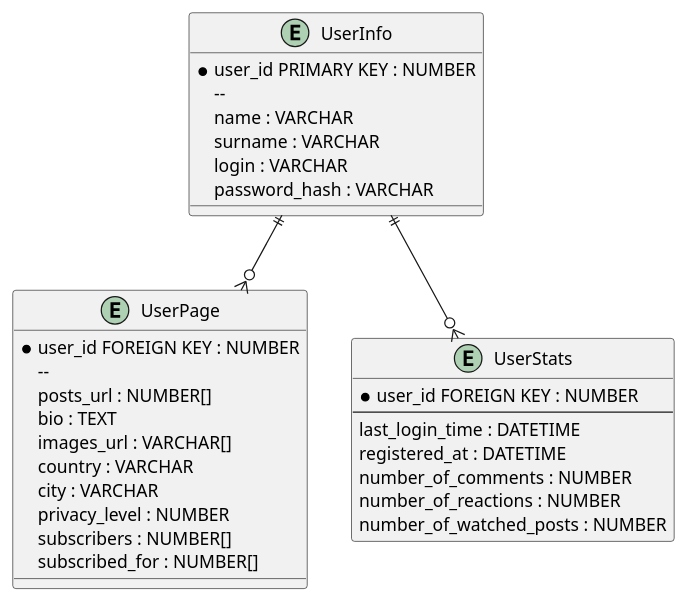
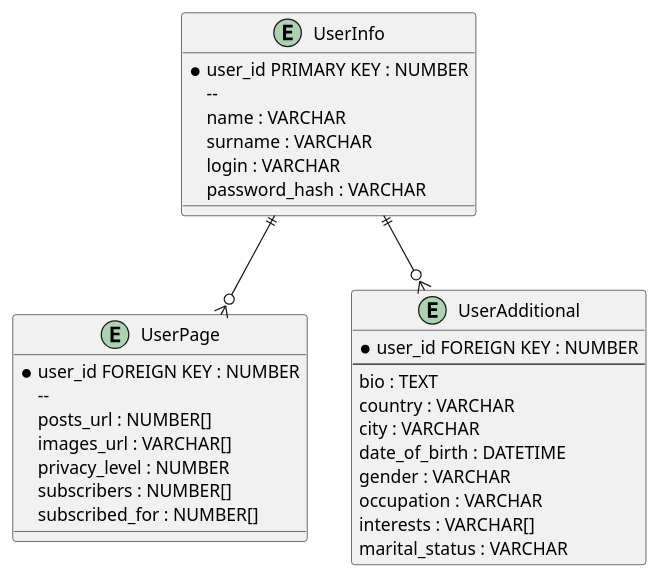
The diagram in docs/user_service.puml (Doughnutik/SOA-HSE), drawn with PlantUML before and after one commit. The commit also changed 2 other files, not shown here.

Commit message:
доделал ER диаграмы

```diff
--- a/docs/user_service.puml
+++ b/docs/user_service.puml
@@ -1,38 +1,38 @@
 @startuml
 
 entity "UserInfo" {
 	* user_id PRIMARY KEY : NUMBER
   	--
   	name : VARCHAR
   	surname : VARCHAR
   	login : VARCHAR
   	password_hash : VARCHAR
 }
 
 entity "UserPage" {
 	* user_id FOREIGN KEY : NUMBER
   	--
   	posts_url : NUMBER[]
-	bio : TEXT
 	images_url : VARCHAR[]
-	country : VARCHAR
-	city : VARCHAR
 	privacy_level : NUMBER
 	subscribers : NUMBER[]
 	subscribed_for : NUMBER[]
 }
 
-entity "UserStats" {
+entity "UserAdditional" {
   	* user_id FOREIGN KEY : NUMBER
   	--
-  	last_login_time : DATETIME
-	registered_at : DATETIME
-	number_of_comments : NUMBER
-	number_of_reactions : NUMBER
-	number_of_watched_posts : NUMBER
+  	bio : TEXT
+	country : VARCHAR
+	city : VARCHAR
+	date_of_birth : DATETIME
+	gender : VARCHAR
+	occupation : VARCHAR
+	interests : VARCHAR[]
+	marital_status : VARCHAR
 }
 
 UserInfo ||--o{ UserPage
-UserInfo ||--o{ UserStats
+UserInfo ||--o{ UserAdditional
   
 @enduml
```
